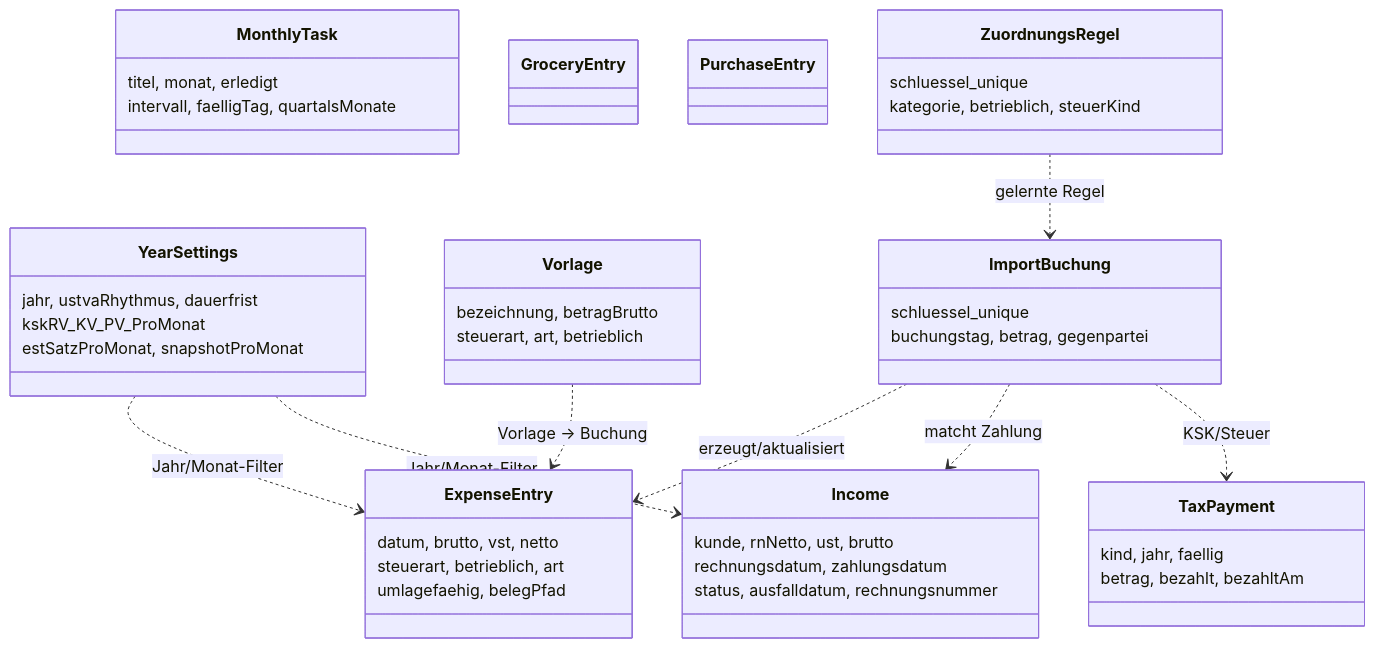
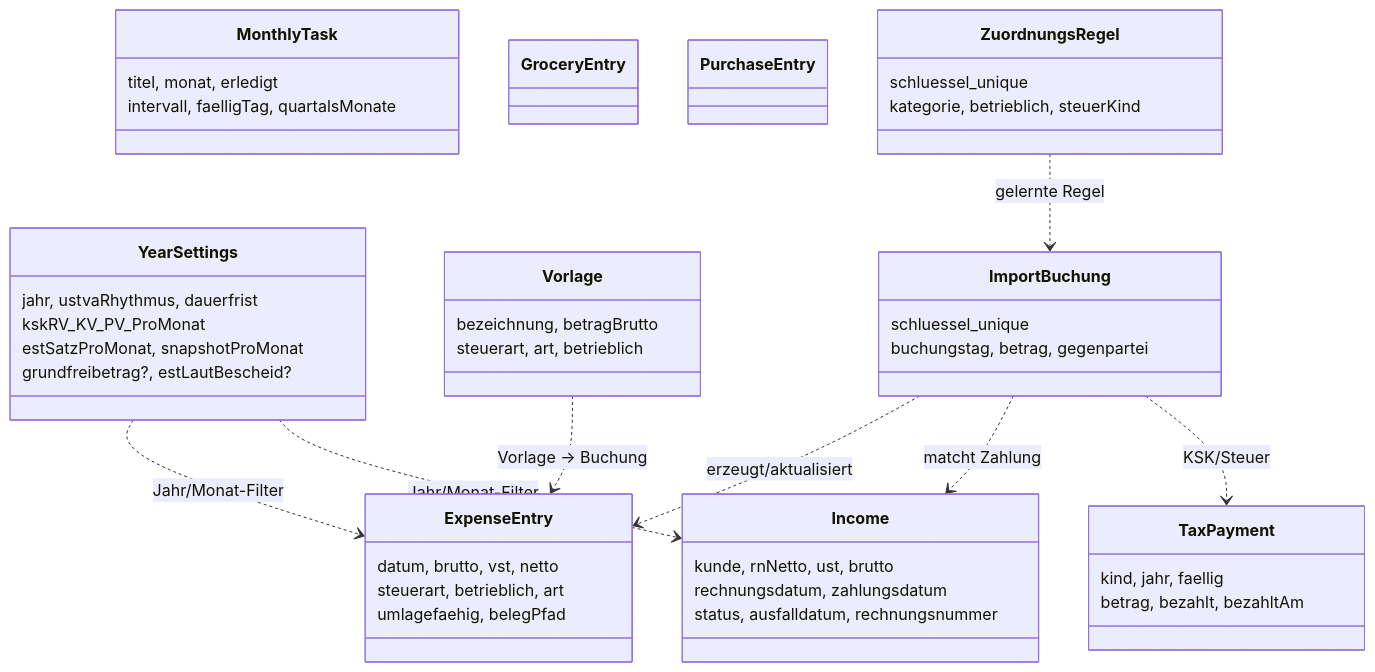
One commit to Wiredframe/kontor-buchhaltung changed the third of 5 diagrams in ARCHITEKTUR.md. Above: the diagram before and after it, drawn with Mermaid. The commit also changed other lines of this file and 1 other file, not shown here.

First line of the commit message:
docs: Jahresabschluss-Aufteilung, ESt laut Bescheid, MCP typ jahr

````diff
--- a/ARCHITEKTUR.md
+++ b/ARCHITEKTUR.md
@@ -106,50 +106,51 @@
 ```mermaid
 classDiagram
     class YearSettings {
         jahr, ustvaRhythmus, dauerfrist
         kskRV_KV_PV_ProMonat
         estSatzProMonat, snapshotProMonat
+        grundfreibetrag?, estLautBescheid?
     }
     class ExpenseEntry {
         datum, brutto, vst, netto
         steuerart, betrieblich, art
         umlagefaehig, belegPfad
     }
     class Income {
         kunde, rnNetto, ust, brutto
         rechnungsdatum, zahlungsdatum
         status, ausfalldatum, rechnungsnummer
     }
     class TaxPayment {
         kind, jahr, faellig
         betrag, bezahlt, bezahltAm
     }
     class Vorlage {
         bezeichnung, betragBrutto
         steuerart, art, betrieblich
     }
     class MonthlyTask {
         titel, monat, erledigt
         intervall, faelligTag, quartalsMonate
     }
     class GroceryEntry {
     }
     class PurchaseEntry {
     }
     class ZuordnungsRegel {
         schluessel_unique
         kategorie, betrieblich, steuerKind
     }
     class ImportBuchung {
         schluessel_unique
         buchungstag, betrag, gegenpartei
     }
 
     YearSettings ..> ExpenseEntry : Jahr/Monat-Filter
     YearSettings ..> Income : Jahr/Monat-Filter
     ImportBuchung ..> ExpenseEntry : erzeugt/aktualisiert
     ImportBuchung ..> Income : matcht Zahlung
     ImportBuchung ..> TaxPayment : KSK/Steuer
     ZuordnungsRegel ..> ImportBuchung : gelernte Regel
     Vorlage ..> ExpenseEntry : Vorlage → Buchung
 ```
````
